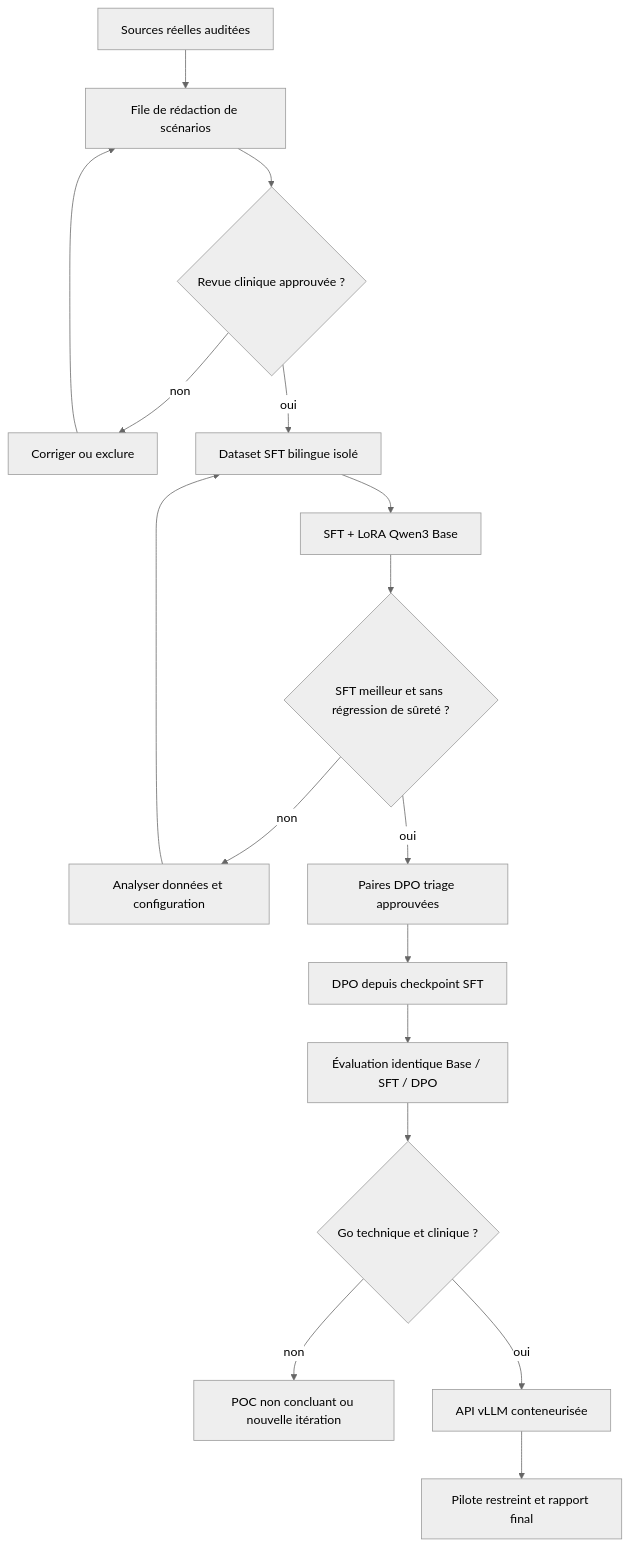
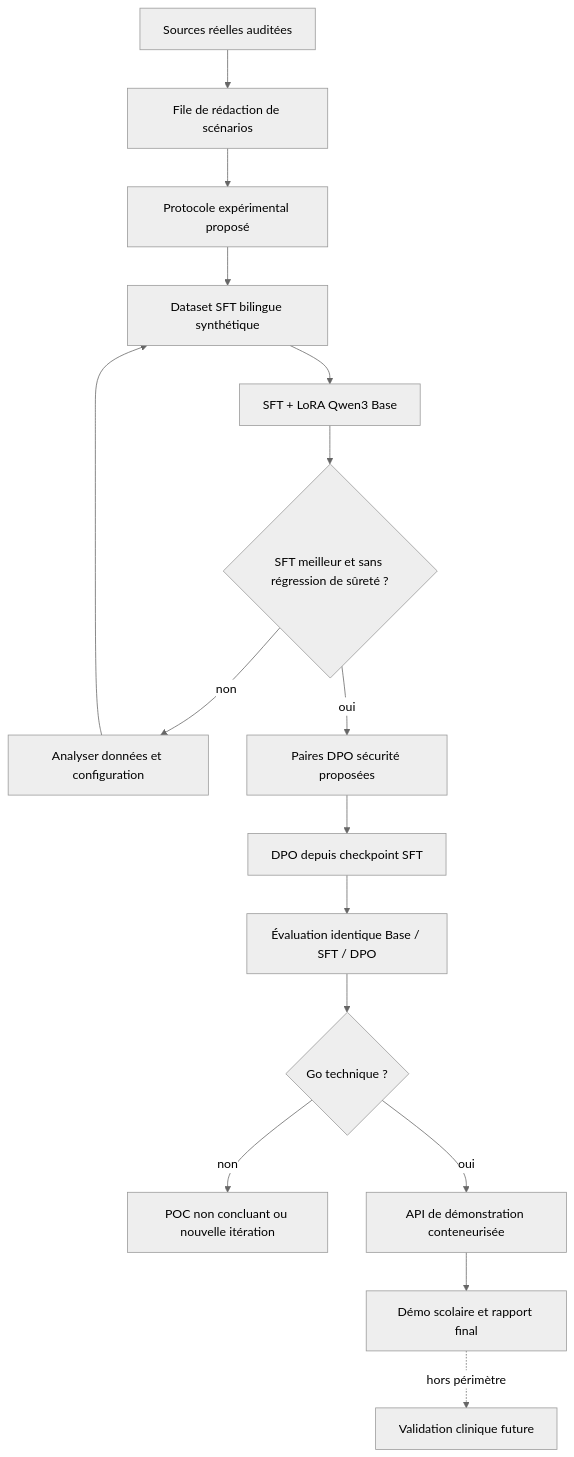
One commit to ppluton/medical-triage-llm-poc changed the diagram in docs/technical/ROADMAP_POC_V1.md. Above: the diagram before and after it, drawn with Mermaid (neutral theme). The commit also changed other lines of this file and 4 other files, not shown here.

````diff
--- a/docs/technical/ROADMAP_POC_V1.md
+++ b/docs/technical/ROADMAP_POC_V1.md
@@ -31,19 +31,18 @@
 ```mermaid
 flowchart TD
   A[Sources réelles auditées] --> B[File de rédaction de scénarios]
-  B --> C{Revue clinique approuvée ?}
-  C -- non --> C1[Corriger ou exclure]
-  C1 --> B
-  C -- oui --> D[Dataset SFT bilingue isolé]
+  B --> C[Protocole expérimental proposé]
+  C --> D[Dataset SFT bilingue synthétique]
   D --> E[SFT + LoRA Qwen3 Base]
   E --> F{SFT meilleur et sans régression de sûreté ?}
   F -- non --> F1[Analyser données et configuration]
   F1 --> D
-  F -- oui --> G[Paires DPO triage approuvées]
+  F -- oui --> G[Paires DPO sécurité proposées]
   G --> H[DPO depuis checkpoint SFT]
   H --> I[Évaluation identique Base / SFT / DPO]
-  I --> J{Go technique et clinique ?}
+  I --> J{Go technique ?}
   J -- non --> J1[POC non concluant ou nouvelle itération]
-  J -- oui --> K[API vLLM conteneurisée]
-  K --> L[Pilote restreint et rapport final]
+  J -- oui --> K[API de démonstration conteneurisée]
+  K --> L[Démo scolaire et rapport final]
+  L -. hors périmètre .-> M[Validation clinique future]
 ```
````
